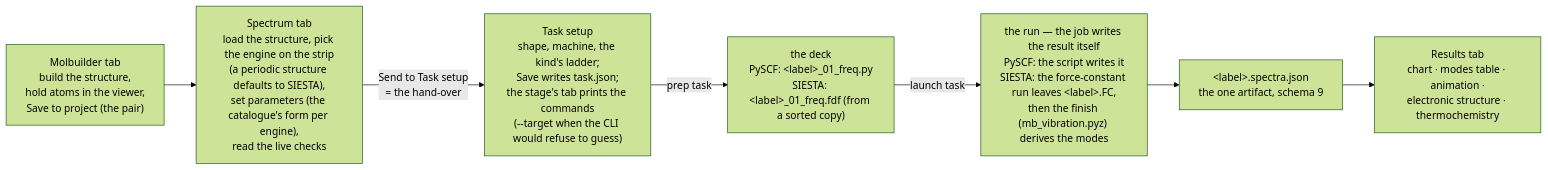
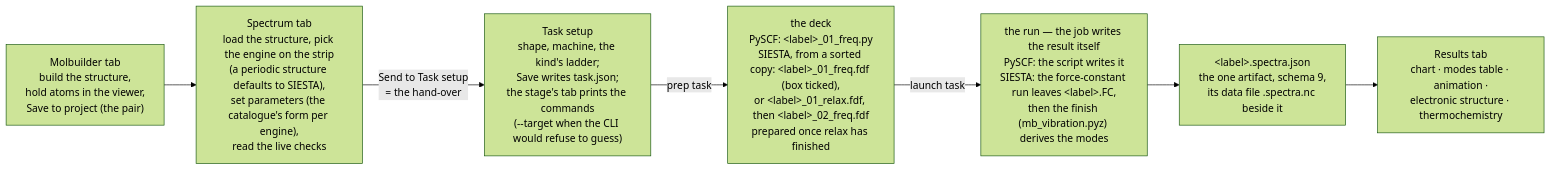
The first of 2 diagrams in docs/engines/vibration.md (Qing-LAB/molbuilder), drawn with Mermaid (forest theme) before and after one commit. The commit also changed other lines of this file and 54 other files, not shown here.

````diff
--- a/docs/engines/vibration.md
+++ b/docs/engines/vibration.md
@@ -185,9 +185,9 @@
 ```mermaid
 flowchart LR
   M["Molbuilder tab<br/>build the structure,<br/>hold atoms in the viewer,<br/>Save to project (the pair)"] --> S["Spectrum tab<br/>load the structure, pick the engine on the strip<br/>(a periodic structure defaults to SIESTA),<br/>set parameters (the catalogue's form per engine),<br/>read the live checks"]
   S -->|"Send to Task setup<br/>= the hand-over"| T["Task setup<br/>shape, machine, the kind's ladder;<br/>Save writes task.json;<br/>the stage's tab prints the commands<br/>(--target when the CLI would refuse to guess)"]
-  T -->|"prep task"| P["the deck<br/>PySCF: &lt;label&gt;_01_freq.py<br/>SIESTA: &lt;label&gt;_01_freq.fdf (from a sorted copy)"]
+  T -->|"prep task"| P["the deck<br/>PySCF: &lt;label&gt;_01_freq.py<br/>SIESTA, from a sorted copy: &lt;label&gt;_01_freq.fdf (box ticked),<br/>or &lt;label&gt;_01_relax.fdf, then &lt;label&gt;_02_freq.fdf<br/>prepared once relax has finished"]
   P -->|"launch task"| R["the run — the job writes the result itself<br/>PySCF: the script writes it<br/>SIESTA: the force-constant run leaves &lt;label&gt;.FC,<br/>then the finish (mb_vibration.pyz) derives the modes"]
-  R --> A["&lt;label&gt;.spectra.json<br/>the one artifact, schema 9"]
+  R --> A["&lt;label&gt;.spectra.json<br/>the one artifact, schema 9,<br/>its data file .spectra.nc beside it"]
   A --> V["Results tab<br/>chart · modes table · animation ·<br/>electronic structure · thermochemistry"]
 ```
````
